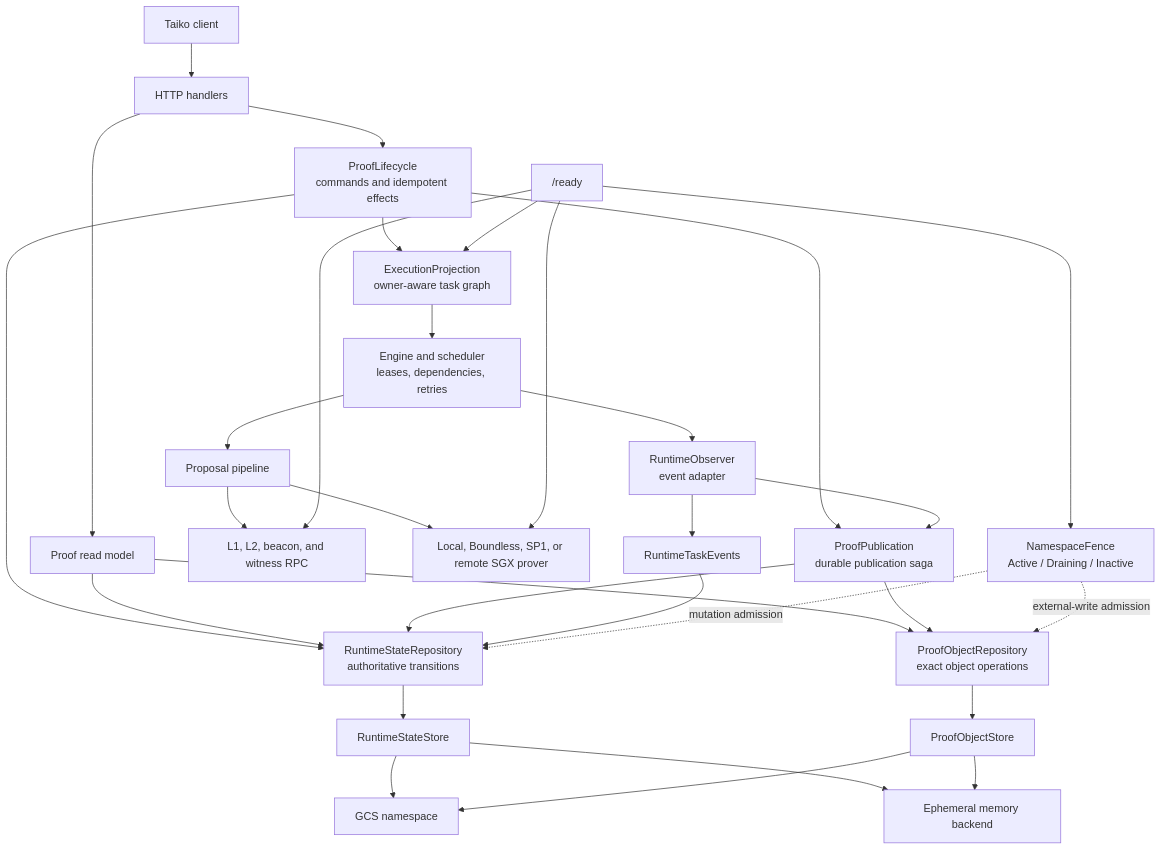
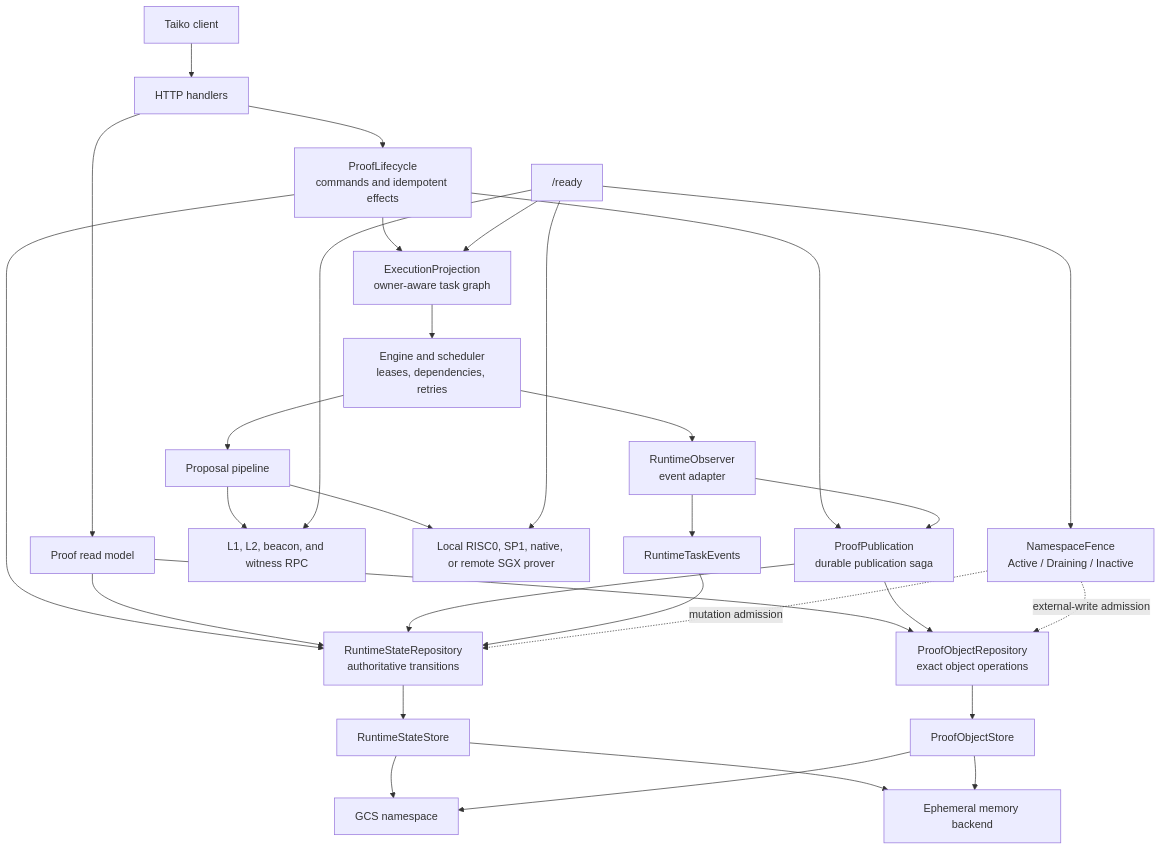
One commit to taikoxyz/raiko2 changed the first of 15 diagrams in docs/architecture.md. Above: the diagram before and after it, drawn with Mermaid. The commit also changed other lines of this file and 71 other files, not shown here.

First line of the commit message:
refactor(prover)!: remove Boundless integration (#293)

````diff
--- a/docs/architecture.md
+++ b/docs/architecture.md
@@ -54,37 +54,37 @@
 ```mermaid
 flowchart TB
   Client["Taiko client"] --> API["HTTP handlers"]
   API --> Lifecycle["ProofLifecycle<br/>commands and idempotent effects"]
   API --> ReadModel["Proof read model"]
   Lifecycle --> StateRepo["RuntimeStateRepository<br/>authoritative transitions"]
   Lifecycle --> Projection["ExecutionProjection<br/>owner-aware task graph"]
   Lifecycle --> Publication["ProofPublication<br/>durable publication saga"]
   ReadModel --> StateRepo
   ReadModel --> ObjectRepo["ProofObjectRepository<br/>exact object operations"]
   Publication --> StateRepo
   Publication --> ObjectRepo
 
   Projection --> Engine["Engine and scheduler<br/>leases, dependencies, retries"]
   Engine --> Pipeline["Proposal pipeline"]
   Pipeline --> RPC["L1, L2, beacon, and witness RPC"]
-  Pipeline --> Prover["Local, Boundless, SP1, or remote SGX prover"]
+  Pipeline --> Prover["Local RISC0, SP1, native, or remote SGX prover"]
   Engine --> Observer["RuntimeObserver<br/>event adapter"]
   Observer --> Events["RuntimeTaskEvents"]
   Observer --> Publication
   Events --> StateRepo
 
   Fence["NamespaceFence<br/>Active / Draining / Inactive"] -. mutation admission .-> StateRepo
   Fence -. external-write admission .-> ObjectRepo
 
   StateRepo --> StateStore["RuntimeStateStore"]
   ObjectRepo --> ObjectStore["ProofObjectStore"]
   StateStore --> GCS["GCS namespace"]
   ObjectStore --> GCS
   StateStore --> Memory["Ephemeral memory backend"]
   ObjectStore --> Memory
 
   Ready["/ready"] --> RPC
   Ready --> Fence
   Ready --> Projection
   Ready --> Prover
 ```
````
